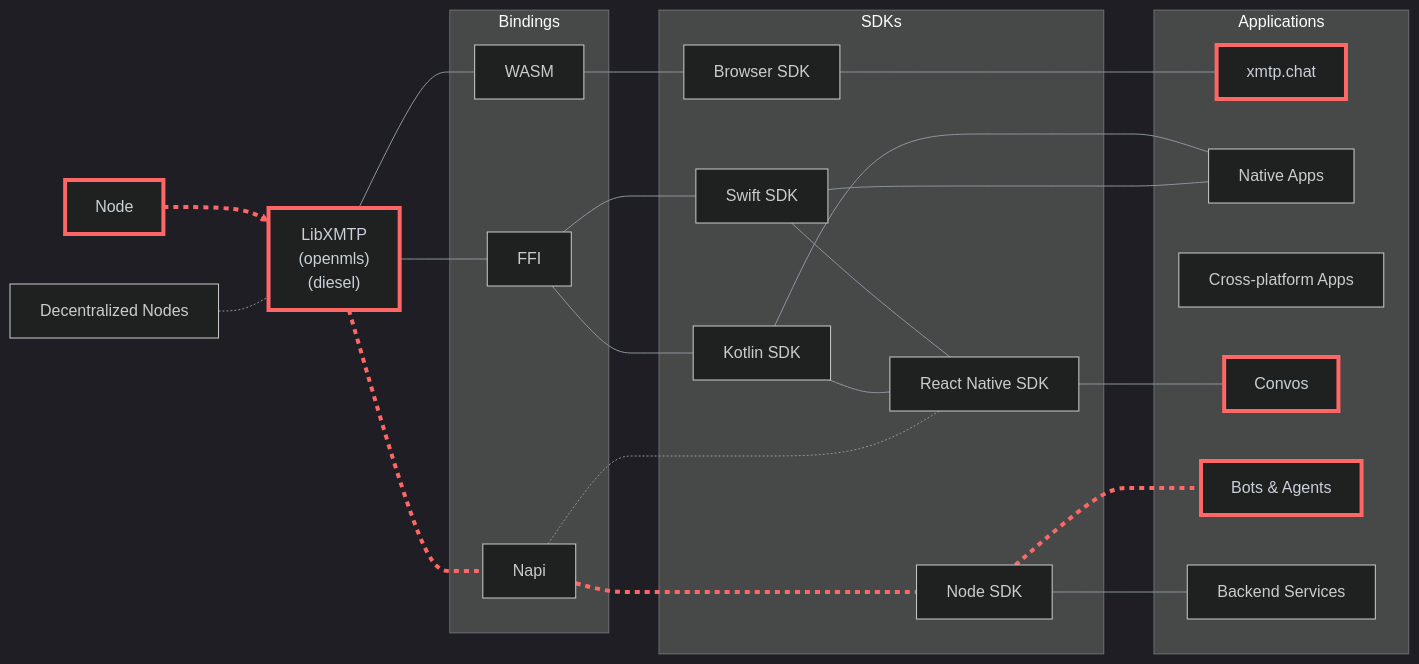
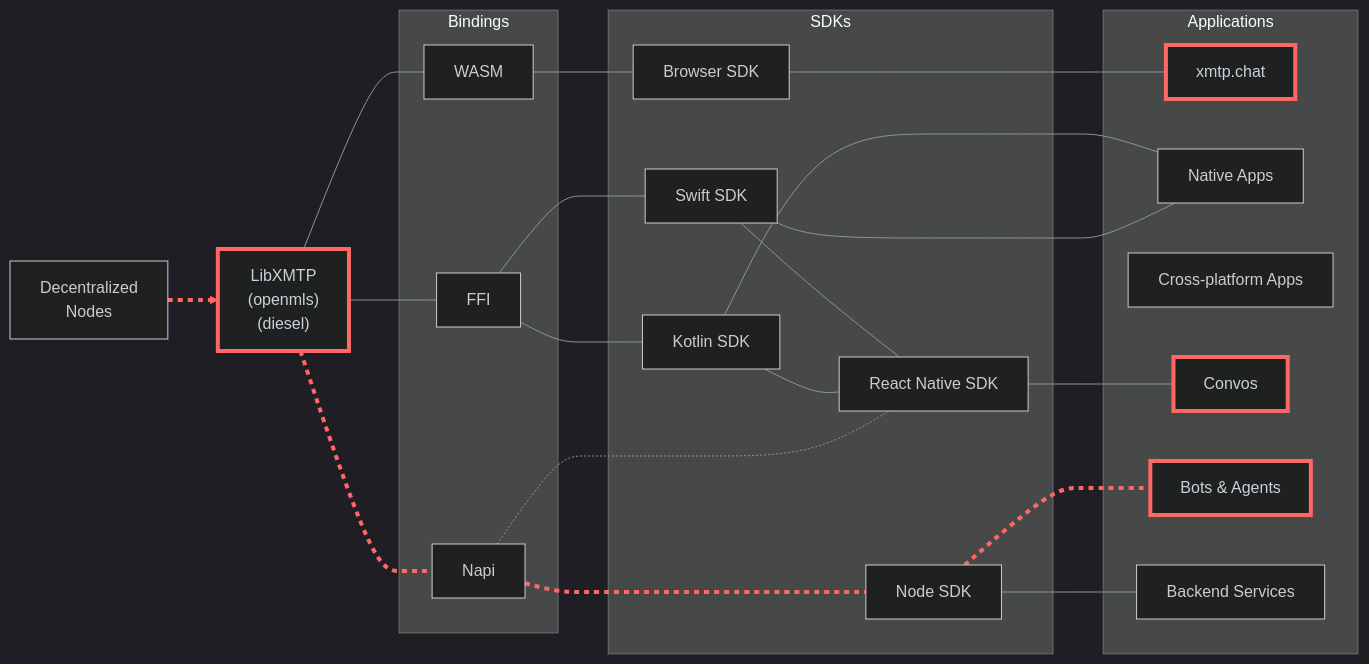
The diagram in README.md (xmtp/xmtp-qa-tools), drawn with Mermaid before and after one commit.

Commit message:
Update README to clarify decentralized node structure (#838)
* Update README to clarify decentralized node structure

* Fix formatting for decentralized nodes in README flowchart

````diff
--- a/README.md
+++ b/README.md
@@ -21,59 +21,56 @@
 ```mermaid
 %%{init: {'theme': 'dark', 'themeVariables': { 'primaryColor': '#0D1117', 'primaryTextColor': '#c9d1d9', 'primaryBorderColor': '#30363d', 'lineColor': '#8b949e', 'secondaryColor': '#161b22', 'tertiaryColor': '#161b22' }}}%%
 
 flowchart LR
   %% Core components and bindings
   subgraph Bindings["Bindings"]
     wasm["WASM"]
     ffi["FFI"]
     napi["Napi"]
   end
 
   subgraph SDKs["SDKs"]
     browserSDK["Browser SDK"]
     swiftSDK["Swift SDK"]
     kotlinSDK["Kotlin SDK"]
     reactNativeSDK["React Native SDK"]
     nodesdk["Node SDK"]
   end
 
   subgraph Applications["Applications"]
     webApps["xmtp.chat"]
     mobileApps["Native Apps"]
     crossPlatformApps["Cross-platform Apps"]
     messagingApps["Convos"]
     botAgents["Bots & Agents"]
     backendServices["Backend Services"]
   end
 
-  centralNode["Node"] --> libxmtp["LibXMTP<br>(openmls)<br>(diesel)"]
+  decentralNode["Decentralized<br>Nodes"] --> libxmtp["LibXMTP<br>(openmls)<br>(diesel)"]
   libxmtp --- wasm
   libxmtp --- ffi
   kotlinSDK --- mobileApps
   libxmtp --- napi
 
   wasm --- browserSDK
   ffi --- swiftSDK
   ffi --- kotlinSDK
 
   swiftSDK --- reactNativeSDK
   kotlinSDK --- reactNativeSDK
 
   browserSDK --- webApps
 
   swiftSDK --- mobileApps
 
   napi --- nodesdk
   nodesdk --- botAgents
   nodesdk --- backendServices
 
-  decentralNode["Decentralized Nodes"] -.- libxmtp
-
-
   reactNativeSDK --- messagingApps
   napi -.- reactNativeSDK
 
   linkStyle 0,4,12,13 stroke:#f66,stroke-width:4px,stroke-dasharray: 5,5;
   classDef highlightStroke stroke:#f66,color:#c9d1d9,stroke-width:4px;
   class centralNode,libxmtp,webApps,messagingApps,botAgents highlightStroke;
 ```
````
